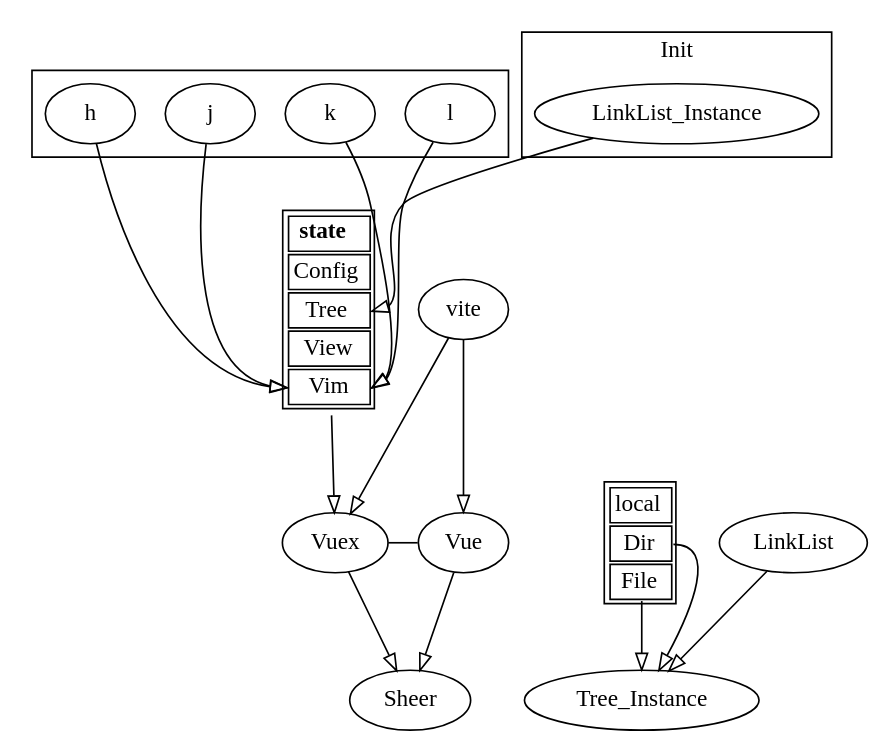
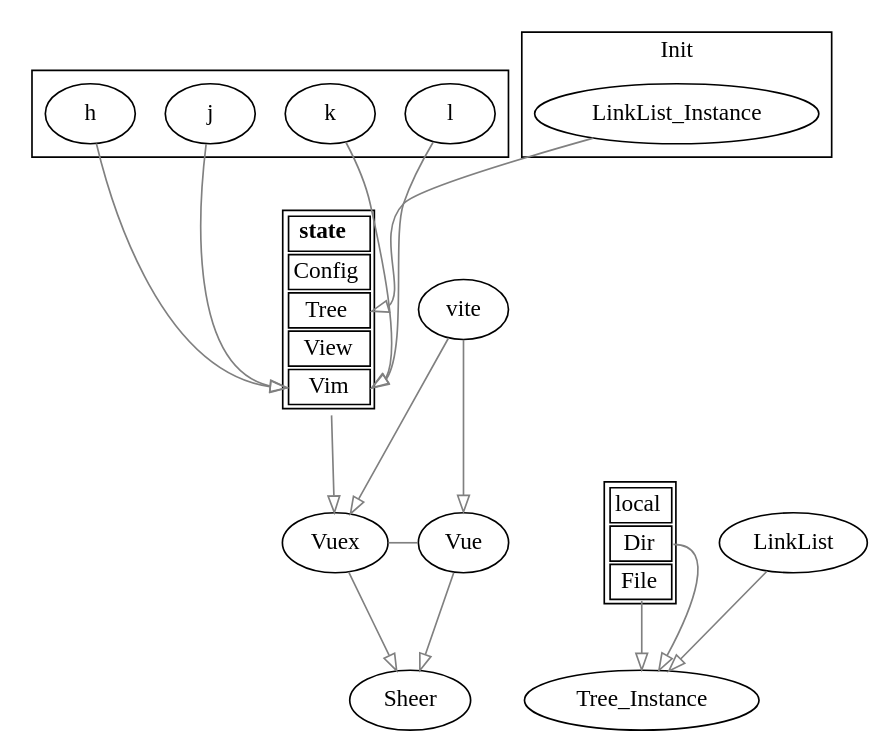
Before and after one commit to WingDust/Sheer: the diagram in construct.dot, drawn with Graphviz. The commit also changed 17 other files, not shown here.

```diff
--- a/construct.dot
+++ b/construct.dot
@@ -1,85 +1,84 @@
 digraph construct {
 
     //node [color=gray,shape=box,fontname="Source Code Variable ExtraLight Italic"];
     //node [fontname="98WB-1"];
     node [fontname="优设好身体"];
-    edge [arrowhead = "empty" fontname="Consolas"]
+    edge [color=gray arrowhead = "empty" fontname="Source Code Variable ExtraLight Italic"]
     {rank=max;Sheer}
 
     local [
         shape = plaintext
         label =<
         <table border='1' cellborder='1'>
             <tr><td colspan="1">local</td></tr>
              <tr>
              <td port='port_one'>Dir</td>
             </tr>
              <tr>
              <td port='port_two'>File</td>
             </tr>
         </table>
         >
     ];
     state [
         shape = plaintext
         label =<
         <table border='1' cellborder='1'>
             <tr><td  colspan="1"><b>state</b></td></tr>
              <tr>
              <td port='port_one'>Config</td>
             </tr>
              <tr>
              <td port='port_two'>Tree</td>
             </tr>
              <tr>
              <td port='port_three'>View</td>
             </tr>
              <tr>
              <td port='port_four'>Vim</td>
             </tr>
         </table>
         >
     ];
     subgraph cluster_vim{
         l;
         k;
         j;
         h;
     }
     h -> state:port_four
     j -> state:port_four
     k -> state:port_four
     l -> state:port_four
     subgraph cluster_init{
         label = "Init";
         LinkList_Instance ;
     }
 
     subgraph dependencies{
         // label="asd";
         // labelloc= "t";
         Vue;
         Vuex;
     }
     { rank=same; Vue Vuex };
     Vuex -> Vue[arrowhead=none];
     Vuex -> {Sheer};
     state -> Vuex;
     Vue -> Sheer ;
     vite -> Vue;
     vite -> Vuex;
 
     // subgraph cluster_p{
     subgraph cluster_datastructure{
         // label="ad";
         LinkList
         pos = "1,2!"
     }
     { rank=same; LinkList };
     LinkList -> Tree_Instance;
     {LinkList_Instance} -> state:port_two;
 
     local:port_one -> Tree_Instance;
     local:port_two -> Tree_Instance;
-
 }
```
